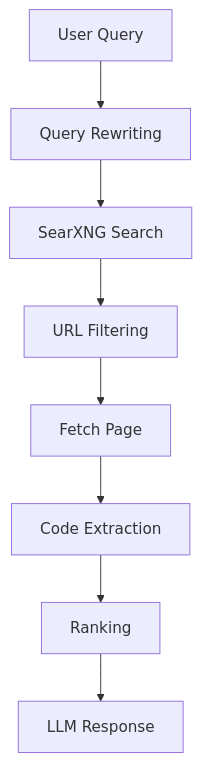
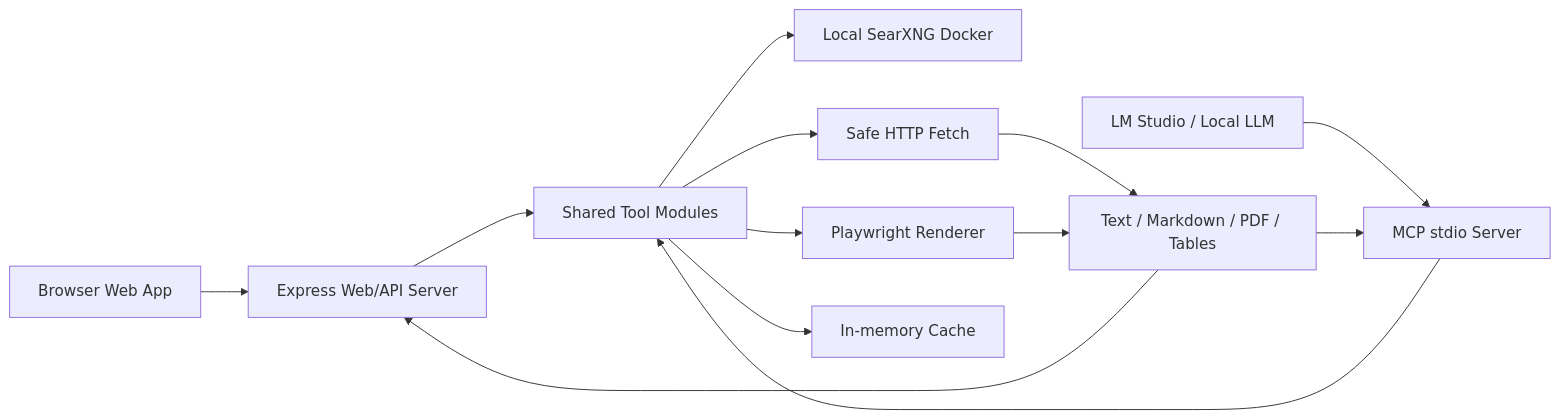
One commit to quocthang0507/local-ai-web changed the first of 2 diagrams in README.md. Above: the diagram before and after it, drawn with Mermaid. The commit also changed other lines of this file and 15 other files, not shown here.

`````diff
--- a/README.md
+++ b/README.md
@@ -58,10 +80,19 @@
 ```mermaid
-flowchart TD
-    A[User Query] --> B[Query Rewriting]
-    B --> C[SearXNG Search]
-    C --> D[URL Filtering]
-    D --> E[Fetch Page]
-    E --> F[Code Extraction]
-    F --> G[Ranking]
-    G --> H[LLM Response]
-````
+flowchart LR
+    Browser[Browser Web App] --> API[Express Web/API Server]
+    LMStudio[LM Studio / Local LLM] --> MCP[MCP stdio Server]
+
+    API --> Tools[Shared Tool Modules]
+    MCP --> Tools
+
+    Tools --> SearXNG[Local SearXNG Docker]
+    Tools --> SafeFetch[Safe HTTP Fetch]
+    Tools --> Renderer[Playwright Renderer]
+    Tools --> Cache[In-memory Cache]
+
+    SafeFetch --> Extractors[Text / Markdown / PDF / Tables]
+    Renderer --> Extractors
+
+    Extractors --> API
+    Extractors --> MCP
+```
`````
